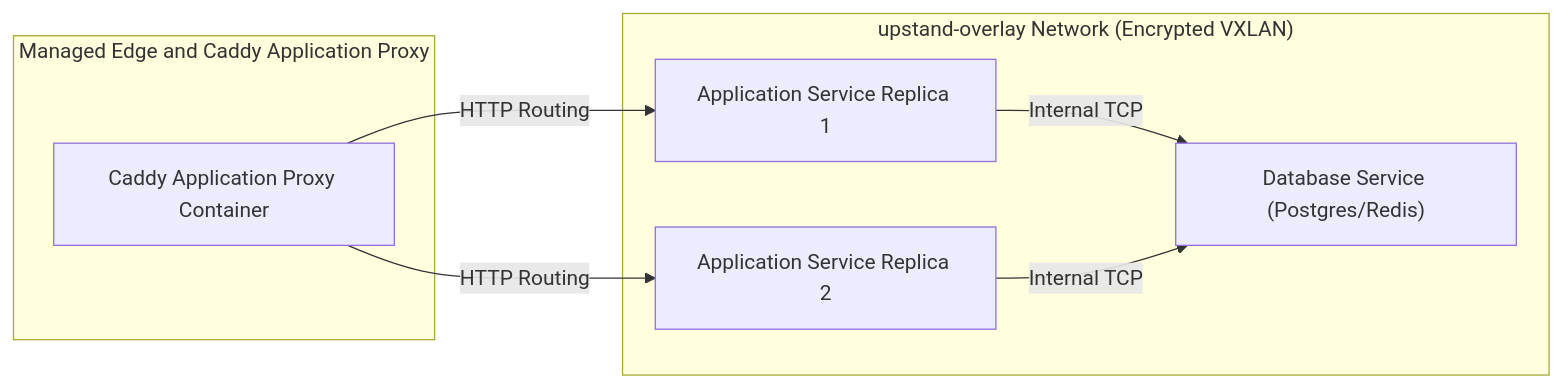
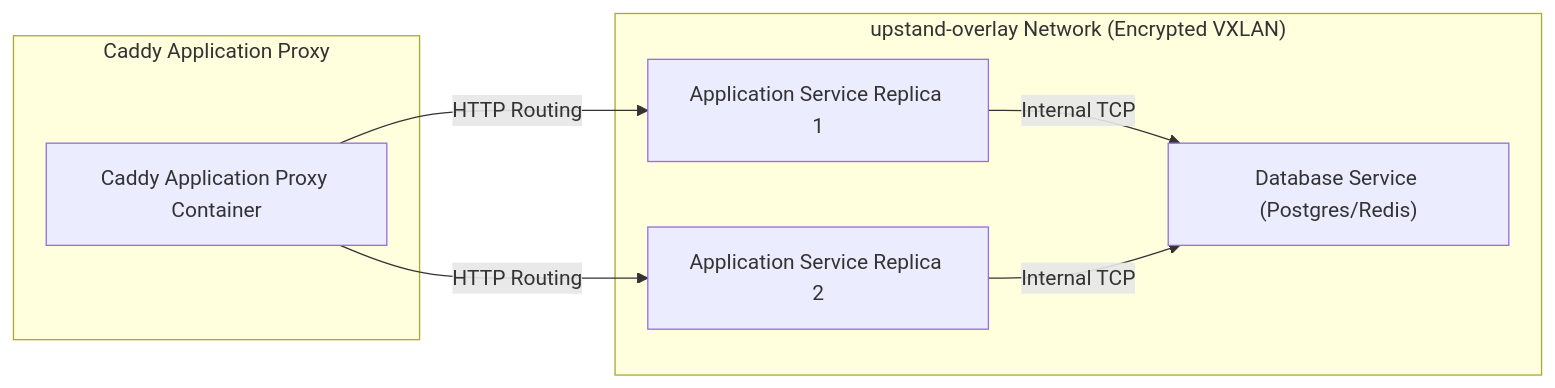
Before and after one commit to UpstandPlatform/upstand: the second of 2 diagrams in apps/fumadocs/content/docs/features/servers.mdx, drawn with Mermaid. The commit also changed 102 other files, not shown here.

````diff
--- a/apps/fumadocs/content/docs/features/servers.mdx
+++ b/apps/fumadocs/content/docs/features/servers.mdx
@@ -41,17 +41,17 @@
 ```mermaid
 graph LR
-    subgraph Ingress["Managed Edge and Caddy Application Proxy"]
+    subgraph Ingress["Caddy Application Proxy"]
         CaddyProxy["Caddy Application Proxy Container"]
     end
 
     subgraph OverlayNet["upstand-overlay Network (Encrypted VXLAN)"]
         AppSvc1["Application Service Replica 1"]
         AppSvc2["Application Service Replica 2"]
         DbSvc["Database Service (Postgres/Redis)"]
     end
 
     CaddyProxy -->|HTTP Routing| AppSvc1
     CaddyProxy -->|HTTP Routing| AppSvc2
     AppSvc1 -->|Internal TCP| DbSvc
     AppSvc2 -->|Internal TCP| DbSvc
 ```
````
